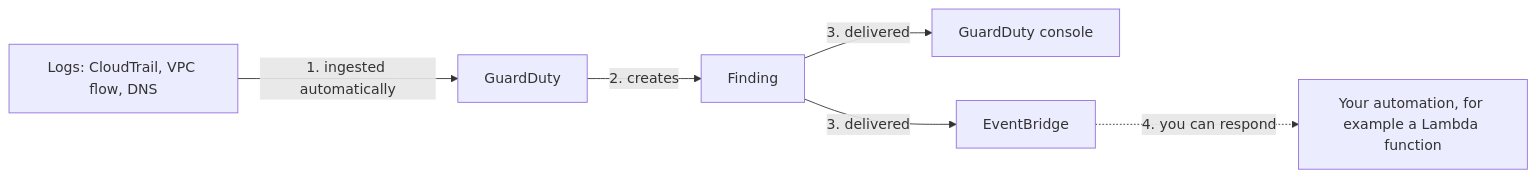
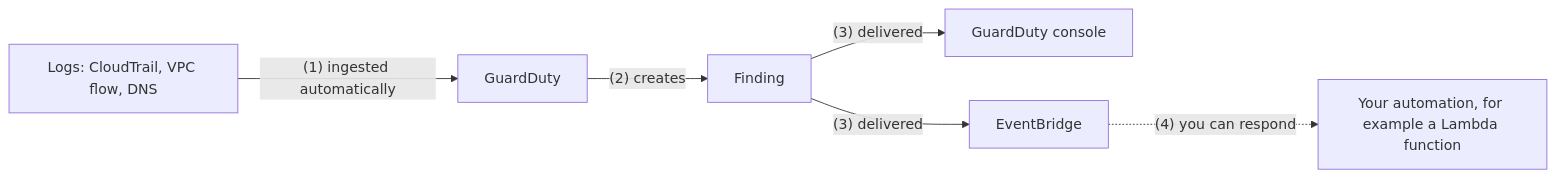
One commit to firmanains/Belajar changed the second of 2 diagrams in AWS/SAA/threat-protection/guardduty-inspector-macie.md. Above: the diagram before and after it, drawn with Mermaid. The commit also changed 14 other files, not shown here.

First line of the commit message:
Fix Mermaid labels that rendered as "Unsupported markdown"

````diff
--- a/AWS/SAA/threat-protection/guardduty-inspector-macie.md
+++ b/AWS/SAA/threat-protection/guardduty-inspector-macie.md
@@ -76,14 +76,14 @@
 ```mermaid
 flowchart LR
   src["Logs: CloudTrail, VPC flow, DNS"]
   gd["GuardDuty"]
   fnd["Finding"]
   con["GuardDuty console"]
   eb["EventBridge"]
   act["Your automation, for example a Lambda function"]
-  src -->|1. ingested automatically| gd
-  gd -->|2. creates| fnd
-  fnd -->|3. delivered| con
-  fnd -->|3. delivered| eb
-  eb -.->|4. you can respond| act
+  src -->|"(1) ingested automatically"| gd
+  gd -->|"(2) creates"| fnd
+  fnd -->|"(3) delivered"| con
+  fnd -->|"(3) delivered"| eb
+  eb -.->|"(4) you can respond"| act
 ```
````
